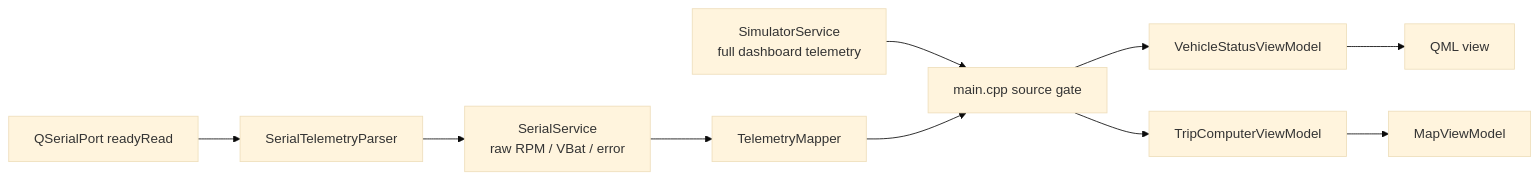
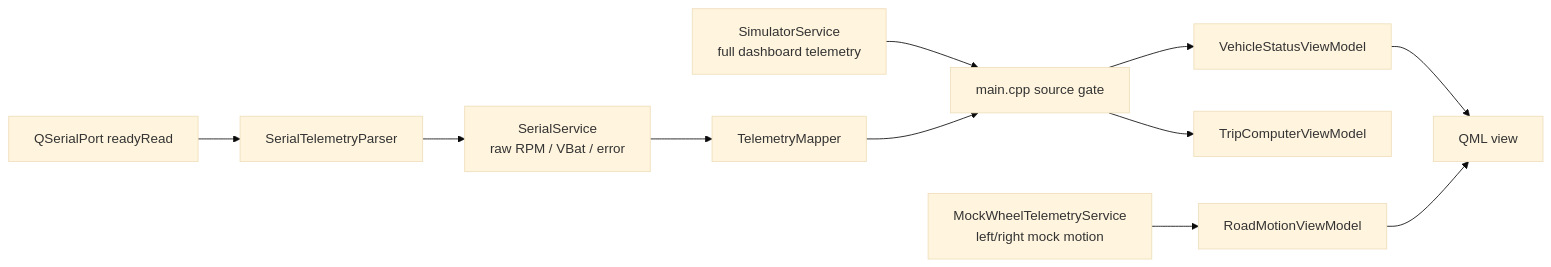
The diagram in README.md (BUITANHUNG0411/CyberDash-STM32), drawn with Mermaid (base theme) before and after one commit. The commit also changed other lines of this file and 7 other files, not shown here.

````diff
--- a/README.md
+++ b/README.md
@@ -40,12 +41,13 @@
 ```mermaid
 flowchart LR
     Simulator[SimulatorService<br/>full dashboard telemetry] --> Gate[main.cpp source gate]
     Port[QSerialPort readyRead] --> Parser[SerialTelemetryParser]
     Parser --> Serial[SerialService<br/>raw RPM / VBat / error]
     Serial --> Mapper[TelemetryMapper]
     Mapper --> Gate
     Gate --> Vehicle[VehicleStatusViewModel]
     Gate --> Trip[TripComputerViewModel]
-    Trip --> Map[MapViewModel]
+    MockWheel[MockWheelTelemetryService<br/>left/right mock motion] --> Road[RoadMotionViewModel]
     Vehicle --> QML[QML view]
+    Road --> QML
 ```
````
